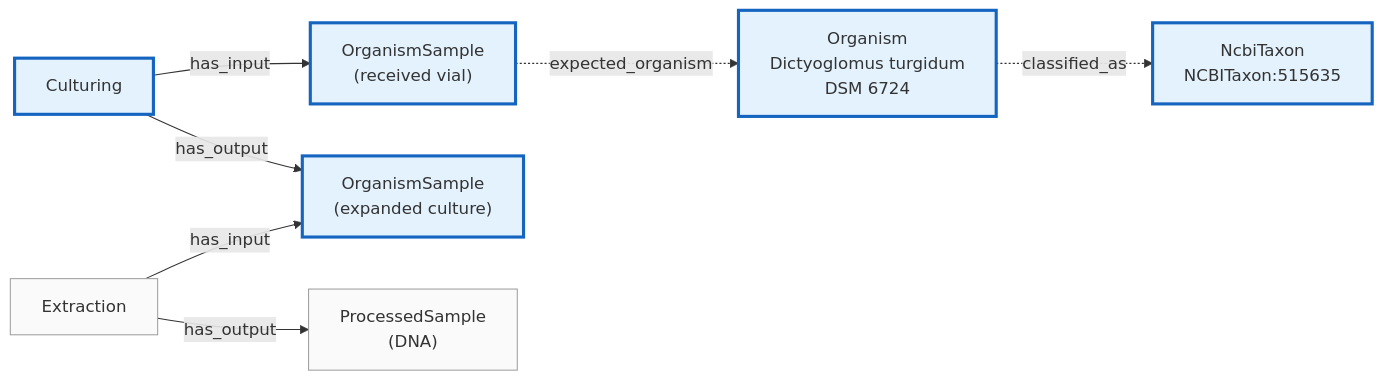
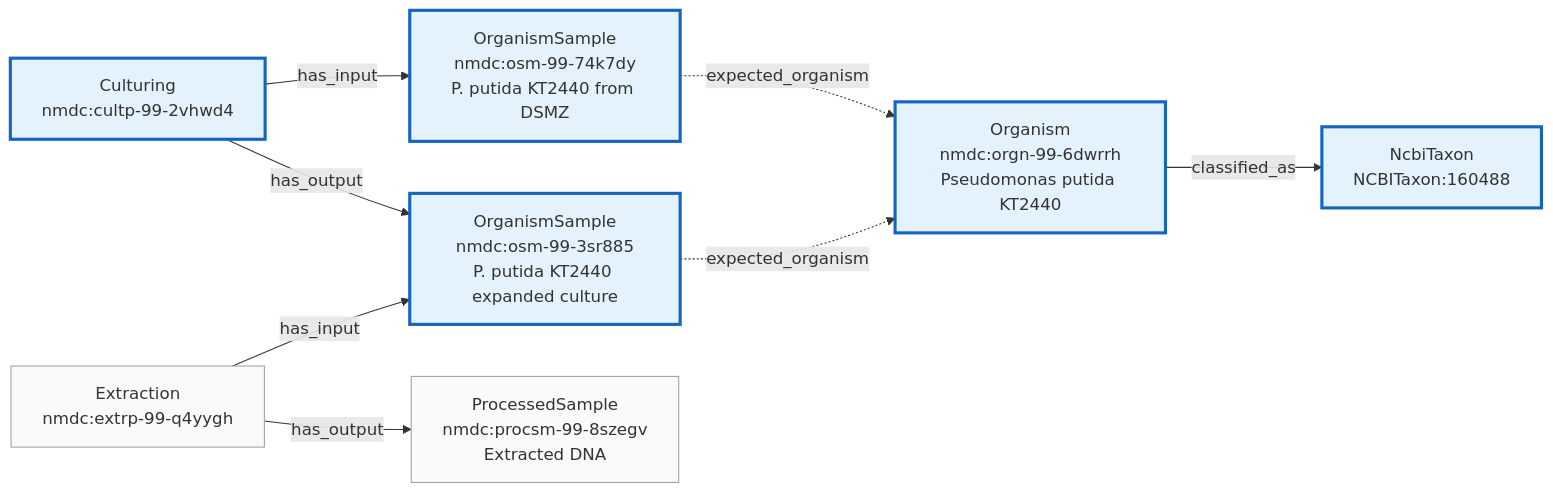
The diagram in src/docs/images/use-case-2-culture-collection.mmd (microbiomedata/nmdc-schema), drawn with Mermaid before and after one commit. The commit also changed 11 other files, not shown here.

First line of the commit message:
Sync diagrams with current example data; add viral-isolate use case

```diff
--- a/src/docs/images/use-case-2-culture-collection.mmd
+++ b/src/docs/images/use-case-2-culture-collection.mmd
@@ -1,23 +1,24 @@
+%% Derived from src/data/valid/Database-isolate-from-culture-collection.yaml.
+%% Shows every entity and edge asserted by the data file. No upstream
+%% environmental Biosample — the workflow begins at the culture-collection vial.
 flowchart LR
-    OSM1["OrganismSample\n(received vial)"]
-    CULT["Culturing"]
-    OSM2["OrganismSample\n(expanded culture)"]
-    EXT["Extraction"]
-    PSM["ProcessedSample\n(DNA)"]
-    ORG["Organism\nDictyoglomus turgidum\nDSM 6724"]
-    TAX["NcbiTaxon\nNCBITaxon:515635"]
+    OSM1["OrganismSample<br/>nmdc:osm-99-74k7dy<br/>P. putida KT2440 from DSMZ"]
+    CULT["Culturing<br/>nmdc:cultp-99-2vhwd4"]
+    OSM2["OrganismSample<br/>nmdc:osm-99-3sr885<br/>P. putida KT2440 expanded culture"]
+    EXT["Extraction<br/>nmdc:extrp-99-q4yygh"]
+    PSM["ProcessedSample<br/>nmdc:procsm-99-8szegv<br/>Extracted DNA"]
+    ORG["Organism<br/>nmdc:orgn-99-6dwrrh<br/>Pseudomonas putida KT2440"]
+    TAX["NcbiTaxon<br/>NCBITaxon:160488"]
 
     CULT -->|has_input| OSM1
     CULT -->|has_output| OSM2
     EXT -->|has_input| OSM2
     EXT -->|has_output| PSM
     OSM1 -.->|expected_organism| ORG
-    ORG -.->|classified_as| TAX
+    OSM2 -.->|expected_organism| ORG
+    ORG -->|classified_as| TAX
 
-    style OSM1 fill:#e3f2fd,stroke:#1565c0,stroke-width:3px
-    style OSM2 fill:#e3f2fd,stroke:#1565c0,stroke-width:3px
-    style CULT fill:#e3f2fd,stroke:#1565c0,stroke-width:3px
-    style ORG fill:#e3f2fd,stroke:#1565c0,stroke-width:3px
-    style TAX fill:#e3f2fd,stroke:#1565c0,stroke-width:3px
-    style EXT fill:#fafafa,stroke:#9e9e9e
-    style PSM fill:#fafafa,stroke:#9e9e9e
+    classDef newPR fill:#e3f2fd,stroke:#1565c0,stroke-width:3px
+    classDef concrete fill:#fafafa,stroke:#9e9e9e
+    class OSM1,OSM2,CULT,ORG,TAX newPR
+    class EXT,PSM concrete
```
